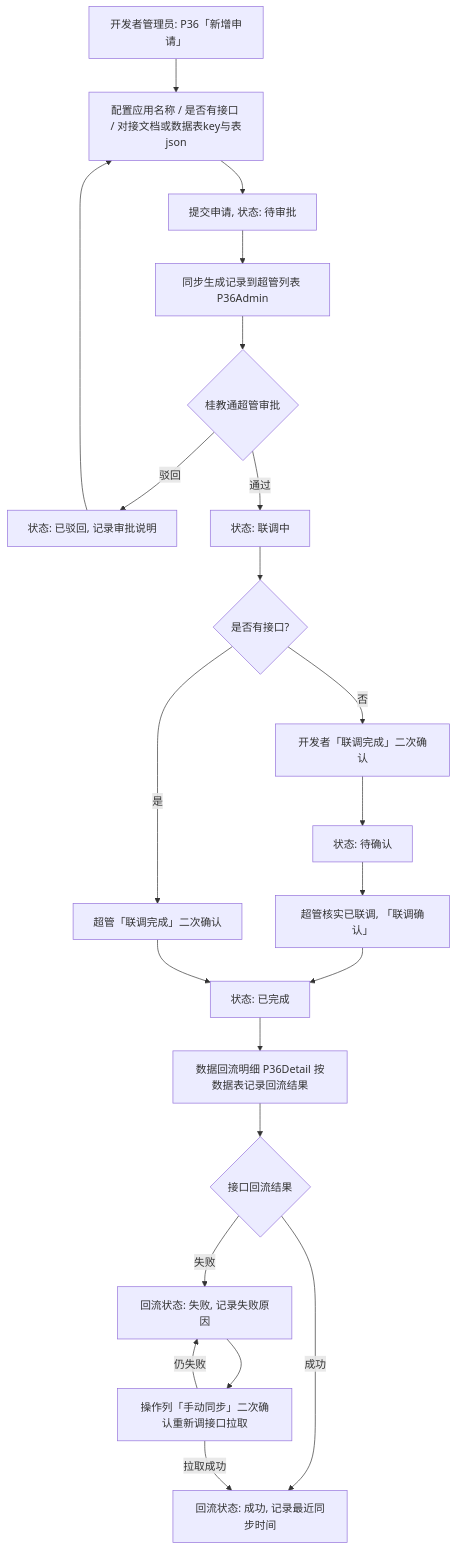
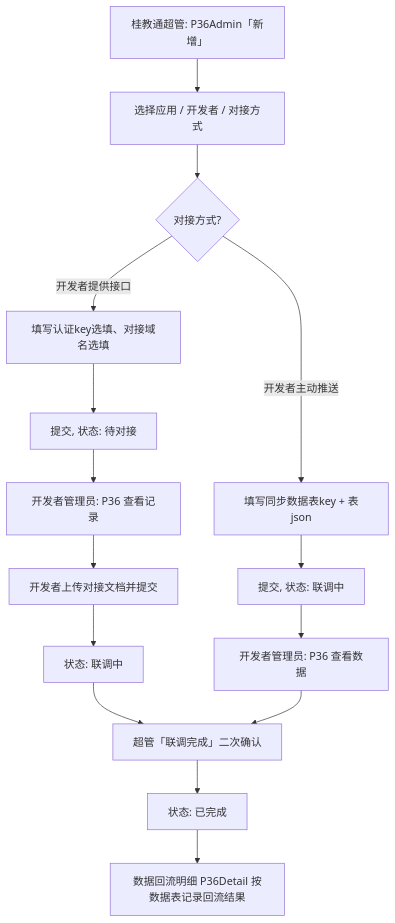
Before and after one commit to sunmei119/capPlatform: the seventh of 7 diagrams in output/design/design.md, drawn with Mermaid. The commit also changed other lines of this file and 2 other files, not shown here.

````diff
--- a/output/design/design.md
+++ b/output/design/design.md
@@ -284,24 +291,17 @@
 ```mermaid
 flowchart TD
-    A[开发者管理员: P36「新增申请」] --> B[配置应用名称 / 是否有接口 / 对接文档或数据表key与表json]
-    B --> C[提交申请, 状态: 待审批]
-    C --> D[同步生成记录到超管列表 P36Admin]
-    D --> E{桂教通超管审批}
-    E -- 驳回 --> F[状态: 已驳回, 记录审批说明]
-    F --> B
-    E -- 通过 --> G[状态: 联调中]
-    G --> H{是否有接口?}
-    H -- 否 --> I[开发者「联调完成」二次确认]
-    I --> J[状态: 待确认]
-    J --> K[超管核实已联调, 「联调确认」]
-    K --> L[状态: 已完成]
-    H -- 是 --> M[超管「联调完成」二次确认]
-    M --> L
-    L --> N[数据回流明细 P36Detail 按数据表记录回流结果]
-    N --> O{接口回流结果}
-    O -- 成功 --> P[回流状态: 成功, 记录最近同步时间]
-    O -- 失败 --> Q[回流状态: 失败, 记录失败原因]
-    Q --> R[操作列「手动同步」二次确认重新调接口拉取]
-    R -- 拉取成功 --> P
-    R -- 仍失败 --> Q
+    A[桂教通超管: P36Admin「新增」] --> B[选择应用 / 开发者 / 对接方式]
+    B --> C{对接方式?}
+    C -- 开发者提供接口 --> D[填写认证key选填、对接域名选填]
+    D --> E[提交, 状态: 待对接]
+    E --> F[开发者管理员: P36 查看记录]
+    F --> G[开发者上传对接文档并提交]
+    G --> H[状态: 联调中]
+    C -- 开发者主动推送 --> I[填写同步数据表key + 表json]
+    I --> J[提交, 状态: 联调中]
+    J --> K[开发者管理员: P36 查看数据]
+    H --> L[超管「联调完成」二次确认]
+    K --> L
+    L --> M[状态: 已完成]
+    M --> N[数据回流明细 P36Detail 按数据表记录回流结果]
 ```
````
